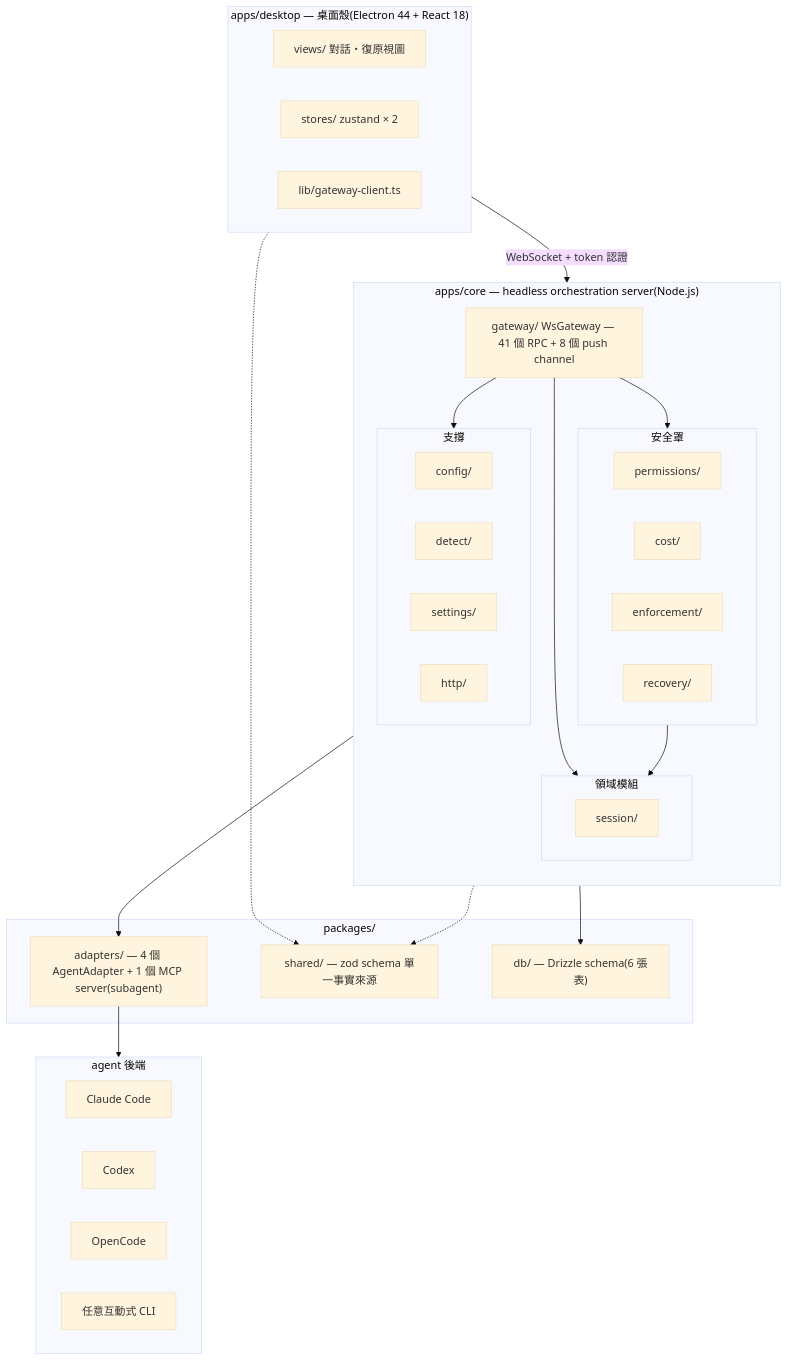
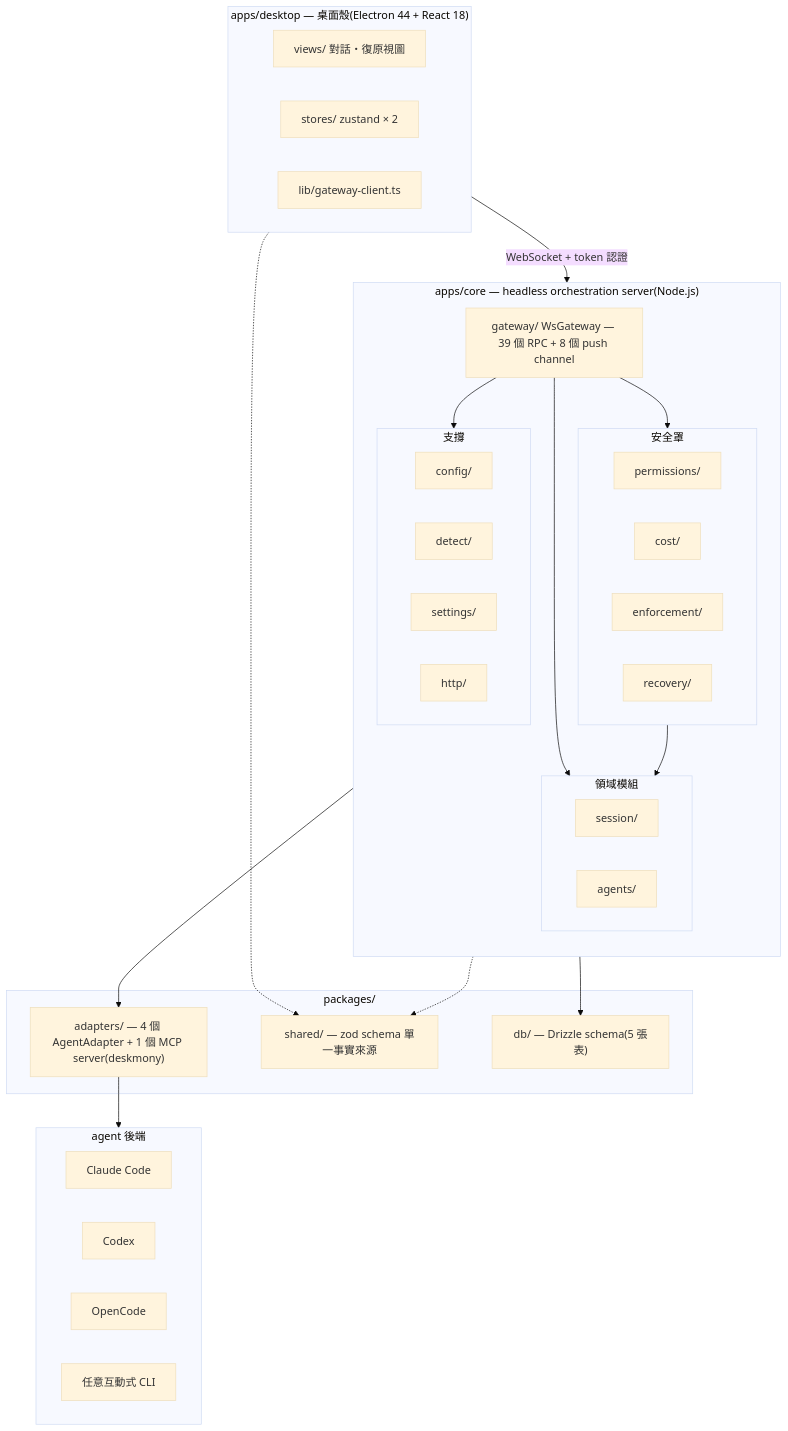
One commit to xing-101729/deskmony changed the first of 4 diagrams in docs/ARCHITECTURE.md. Above: the diagram before and after it, drawn with Mermaid (base theme). The commit also changed other lines of this file and 10 other files, not shown here.

````diff
--- a/docs/ARCHITECTURE.md
+++ b/docs/ARCHITECTURE.md
@@ -59,57 +62,58 @@
 ```mermaid
 flowchart TB
     subgraph SHELL["apps/desktop — 桌面殼(Electron 44 + React 18)"]
         direction LR
         Views["views/ 對話・復原視圖"]
         Stores["stores/ zustand × 2"]
         GWC["lib/gateway-client.ts"]
     end
 
     subgraph CORE["apps/core — headless orchestration server(Node.js)"]
         direction TB
-        GW["gateway/ WsGateway — 41 個 RPC + 8 個 push channel"]
+        GW["gateway/ WsGateway — 39 個 RPC + 8 個 push channel"]
         subgraph DOMAIN["領域模組"]
             direction LR
             Sess["session/"]
+            Agents["agents/"]
         end
         subgraph SHIELD["安全罩"]
             direction LR
             Perm["permissions/"]
             Cost["cost/"]
             Enf["enforcement/"]
             Rec["recovery/"]
         end
         subgraph SUPPORT["支撐"]
             direction LR
             Cfg["config/"]
             Det["detect/"]
             Set["settings/"]
             Http["http/"]
         end
     end
 
     subgraph PKG["packages/"]
-        Adapters["adapters/ — 4 個 AgentAdapter + 1 個 MCP server(subagent)"]
+        Adapters["adapters/ — 4 個 AgentAdapter + 1 個 MCP server(deskmony)"]
         Shared["shared/ — zod schema 單一事實來源"]
-        Db["db/ — Drizzle schema(6 張表)"]
+        Db["db/ — Drizzle schema(5 張表)"]
     end
 
     subgraph BACKENDS["agent 後端"]
         direction LR
         CC["Claude Code"]
         CDX["Codex"]
         OCS["OpenCode"]
         ANY["任意互動式 CLI"]
     end
 
     SHELL -- "WebSocket + token 認證" --> GW
     GW --> DOMAIN
     GW --> SHIELD
     GW --> SUPPORT
     DOMAIN --> Adapters
     SHIELD --> DOMAIN
     CORE --> Db
     Adapters --> BACKENDS
     SHELL -.-> Shared
     CORE -.-> Shared
 ```
````
